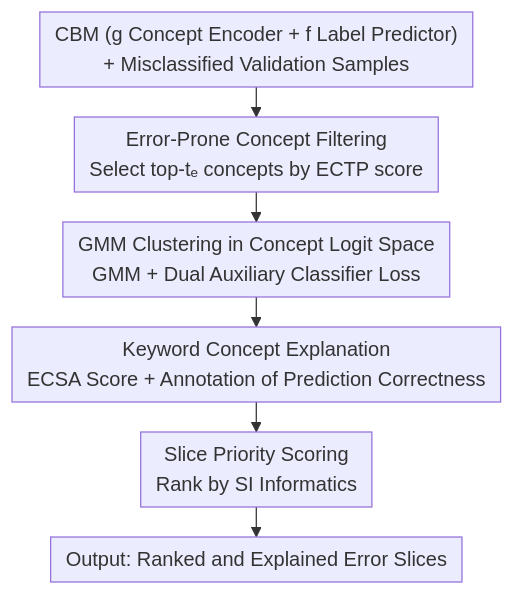
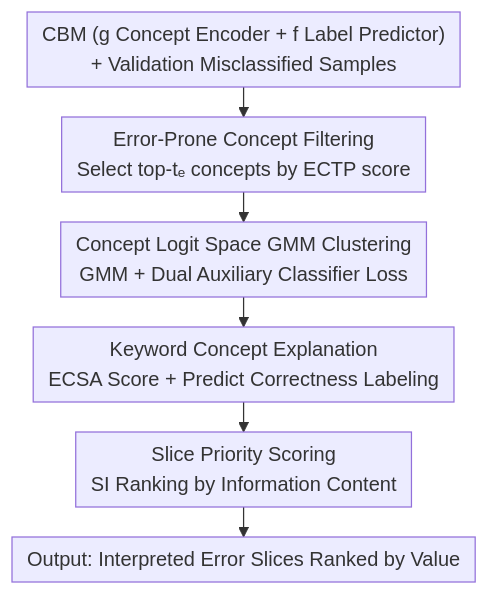
One commit to zhaoyang97/Paper-Notes-en changed the diagram in docs/ICML2026/interpretability/cb-slice_concept-based_interpretable_error_slice_discovery.md. Above: the diagram before and after it, drawn with Mermaid. The commit also changed other lines of this file and 5084 other files, not shown here.

````diff
--- a/docs/ICML2026/interpretability/cb-slice_concept-based_interpretable_error_slice_discovery.md
+++ b/docs/ICML2026/interpretability/cb-slice_concept-based_interpretable_error_slice_discovery.md
@@ -44,9 +44,9 @@
 ```mermaid
 %%{init: {'flowchart': {'rankSpacing': 24, 'nodeSpacing': 28, 'padding': 6, 'wrappingWidth': 400}}}%%
 flowchart TD
-    A["CBM (g Concept Encoder + f Label Predictor)<br/>+ Misclassified Validation Samples"] --> B["Error-Prone Concept Filtering<br/>Select top-tₑ concepts by ECTP score"]
-    B --> C["GMM Clustering in Concept Logit Space<br/>GMM + Dual Auxiliary Classifier Loss"]
-    C --> D["Keyword Concept Explanation<br/>ECSA Score + Annotation of Prediction Correctness"]
-    D --> E["Slice Priority Scoring<br/>Rank by SI Informatics"]
-    E --> F["Output: Ranked and Explained Error Slices"]
+    A["CBM (g Concept Encoder + f Label Predictor)<br/>+ Validation Misclassified Samples"] --> B["Error-Prone Concept Filtering<br/>Select top-tₑ concepts by ECTP score"]
+    B --> C["Concept Logit Space GMM Clustering<br/>GMM + Dual Auxiliary Classifier Loss"]
+    C --> D["Keyword Concept Explanation<br/>ECSA Score + Predict Correctness Labeling"]
+    D --> E["Slice Priority Scoring<br/>SI Ranking by Information Content"]
+    E --> F["Output: Interpreted Error Slices Ranked by Value"]
 ```
````
